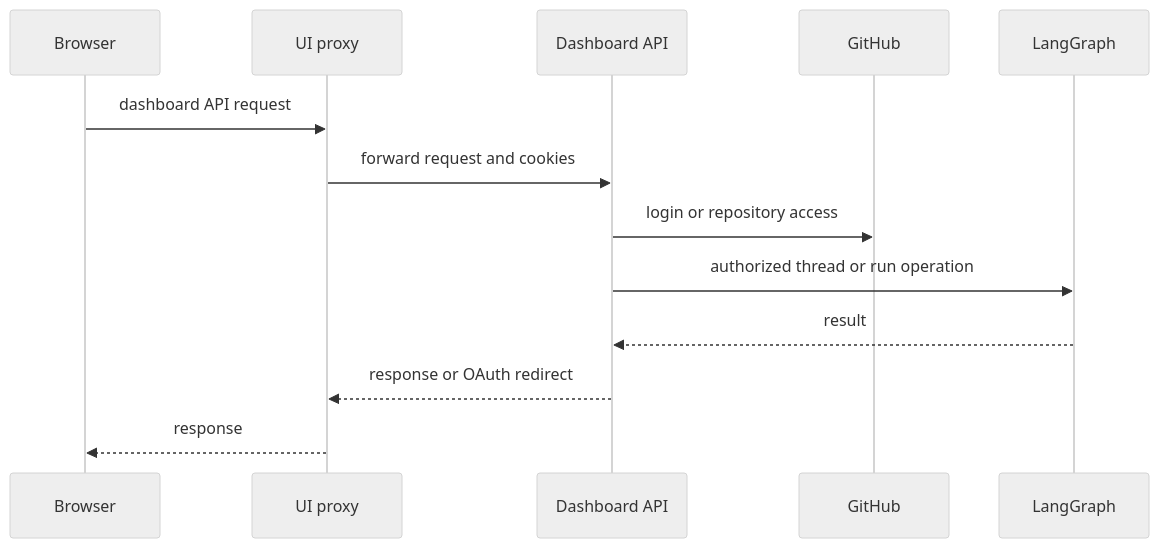
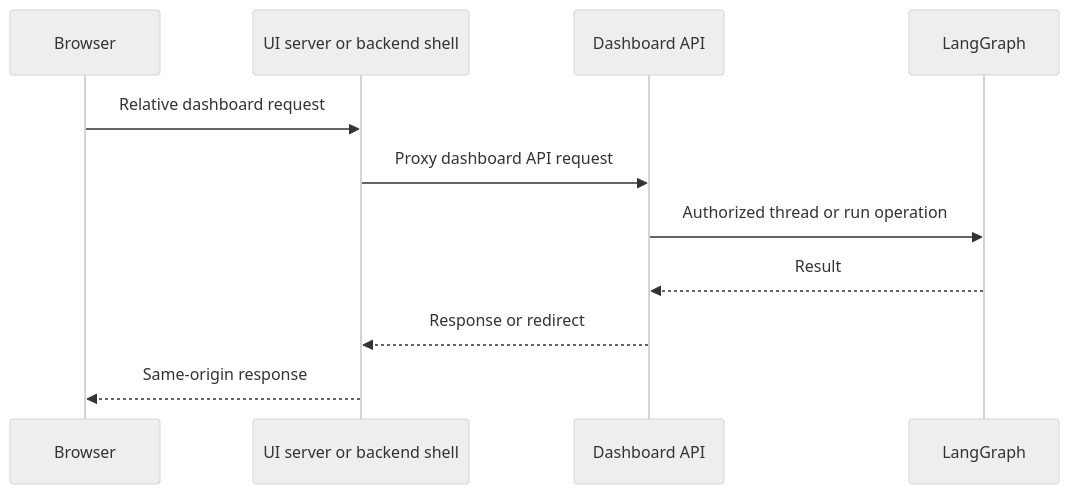
One commit to langchain-ai/open-swe changed the first of 2 diagrams in openwiki/integrations/dashboard-ui.md. Above: the diagram before and after it, drawn with Mermaid (neutral theme). The commit also changed other lines of this file and 52 other files, not shown here.

````diff
--- a/openwiki/integrations/dashboard-ui.md
+++ b/openwiki/integrations/dashboard-ui.md
@@ -65,16 +65,14 @@
 ```mermaid
 sequenceDiagram
     participant Browser
-    participant UI as UI proxy
+    participant UI as UI server or backend shell
     participant API as Dashboard API
-    participant GitHub
     participant Graph as LangGraph
 
-    Browser->>UI: dashboard API request
-    UI->>API: forward request and cookies
-    API->>GitHub: login or repository access
-    API->>Graph: authorized thread or run operation
-    Graph-->>API: result
-    API-->>UI: response or OAuth redirect
-    UI-->>Browser: response
+    Browser->>UI: Relative dashboard request
+    UI->>API: Proxy dashboard API request
+    API->>Graph: Authorized thread or run operation
+    Graph-->>API: Result
+    API-->>UI: Response or redirect
+    UI-->>Browser: Same-origin response
 ```
````
